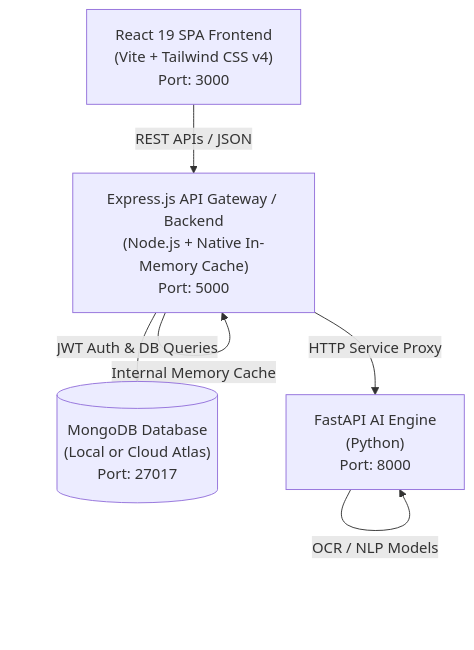
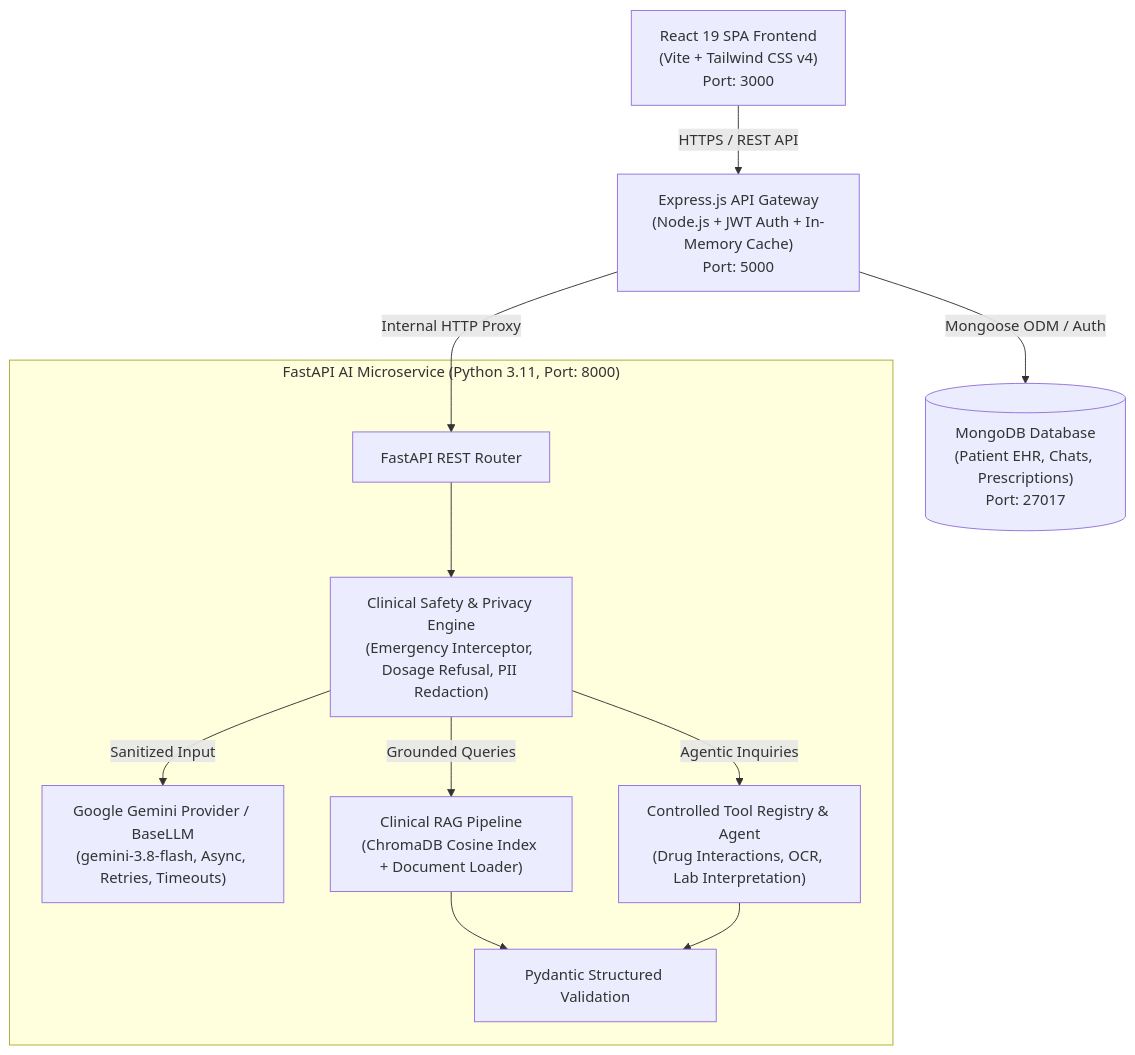
One commit to Anvesh-999/IntelliCare-AI changed the diagram in README.md. Above: the diagram before and after it, drawn with Mermaid. The commit also changed other lines of this file and 49 other files, not shown here.

Commit message:
feat: upgrade IntelliCare AI to enterprise LLM healthcare platform (RAG, Gemini, Tools, Safety, Evals)

````diff
--- a/README.md
+++ b/README.md
@@ -40,13 +39,25 @@
 ```mermaid
-graph TD
+flowchart TD
     Client["React 19 SPA Frontend\n(Vite + Tailwind CSS v4)\nPort: 3000"]
-    Backend["Express.js API Gateway / Backend\n(Node.js + Native In-Memory Cache)\nPort: 5000"]
-    AIService["FastAPI AI Engine\n(Python)\nPort: 8000"]
-    MongoDB[("MongoDB Database\n(Local or Cloud Atlas)\nPort: 27017")]
+    Gateway["Express.js API Gateway\n(Node.js + JWT Auth + In-Memory Cache)\nPort: 5000"]
+    MongoDB[("MongoDB Database\n(Patient EHR, Chats, Prescriptions)\nPort: 27017")]
+    
+    subgraph AIService ["FastAPI AI Microservice (Python 3.11, Port: 8000)"]
+        Router["FastAPI REST Router"]
+        Safety["Clinical Safety & Privacy Engine\n(Emergency Interceptor, Dosage Refusal, PII Redaction)"]
+        LLM["Google Gemini Provider / BaseLLM\n(gemini-3.8-flash, Async, Retries, Timeouts)"]
+        RAG["Clinical RAG Pipeline\n(ChromaDB Cosine Index + Document Loader)"]
+        Tools["Controlled Tool Registry & Agent\n(Drug Interactions, OCR, Lab Interpretation)"]
+        Schemas["Pydantic Structured Validation"]
+    end
 
-    Client -->|REST APIs / JSON| Backend
-    Backend -->|JWT Auth & DB Queries| MongoDB
-    Backend -->|Internal Memory Cache| Backend
-    Backend -->|HTTP Service Proxy| AIService
-    AIService -->|OCR / NLP Models| AIService
+    Client -->|HTTPS / REST API| Gateway
+    Gateway -->|Mongoose ODM / Auth| MongoDB
+    Gateway -->|Internal HTTP Proxy| Router
+    Router --> Safety
+    Safety -->|Sanitized Input| LLM
+    Safety -->|Grounded Queries| RAG
+    Safety -->|Agentic Inquiries| Tools
+    RAG --> Schemas
+    Tools --> Schemas
 ```
````
